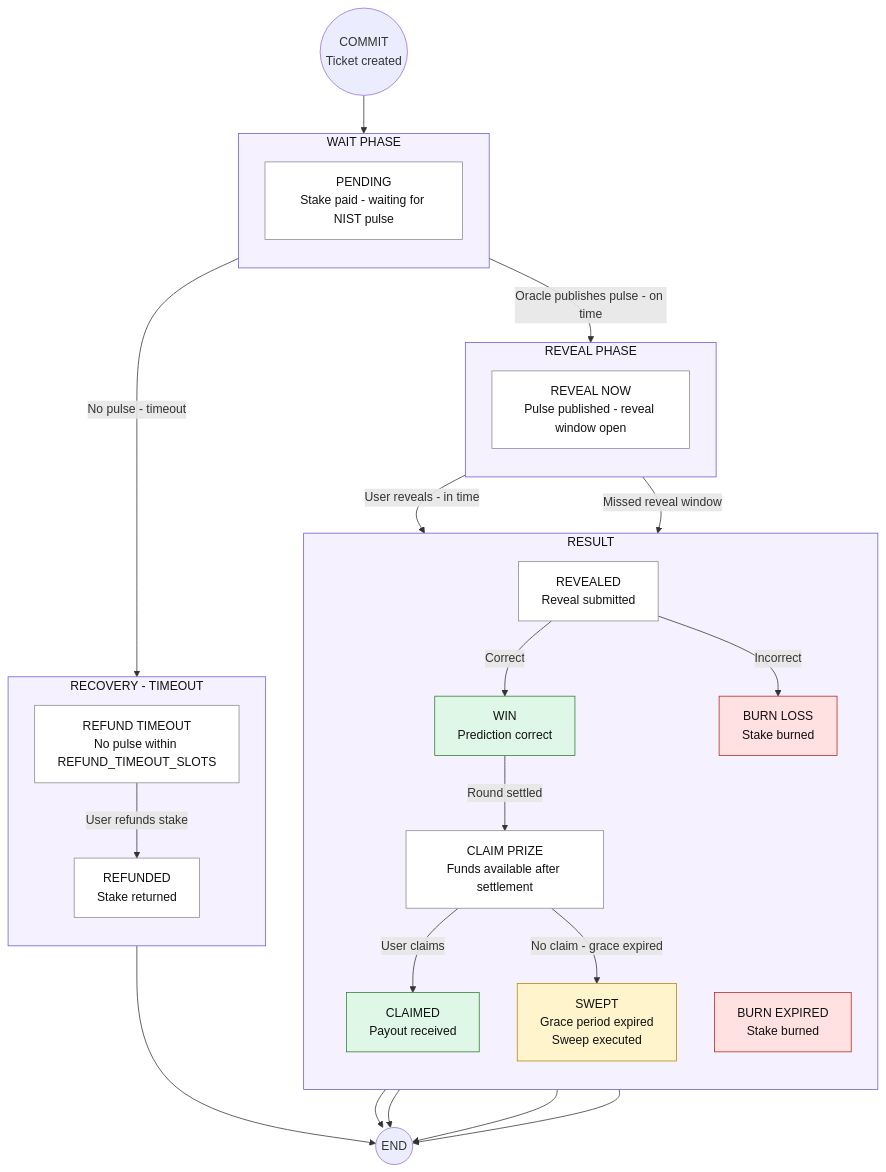
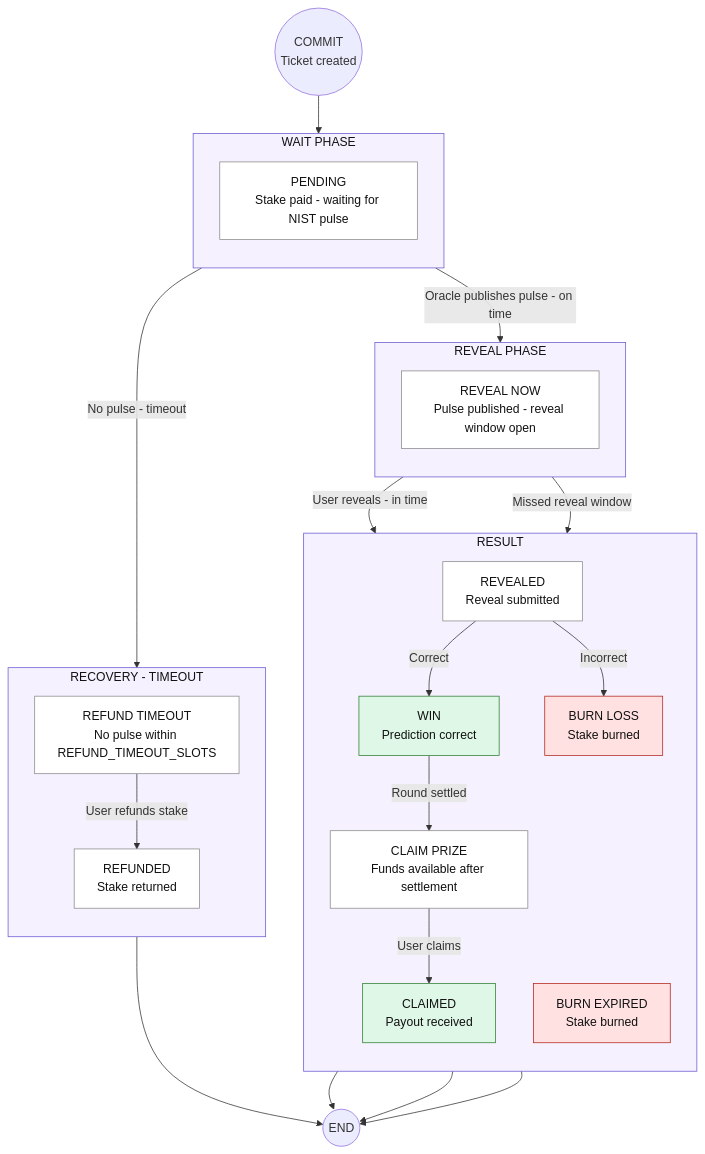
Before and after one commit to TIMLG-Protocol/timlg-protocol: the second of 2 diagrams in docs/index.md, drawn with Mermaid.

Commit message:
docs: sync home page lifecycle with lifecycle.md (remove SWEPT)

````diff
--- a/docs/index.md
+++ b/docs/index.md
@@ -157,68 +157,64 @@
 ```mermaid
 flowchart 
   Start((COMMIT\nTicket created))
 
   subgraph WAIT[WAIT PHASE]
     direction TB
     PENDING[PENDING\nStake paid - waiting for NIST pulse]
   end
 
   subgraph REVEAL[REVEAL PHASE]
     direction TB
     REVEAL_NOW[REVEAL NOW\nPulse published - reveal window open]
   end
 
   subgraph RESULT[RESULT]
     direction TB
     REVEALED[REVEALED\nReveal submitted]
     WIN[WIN\nPrediction correct]
     BURN_LOSS[BURN LOSS\nStake burned]
     CLAIM_PRIZE[CLAIM PRIZE\nFunds available after settlement]
     CLAIMED[CLAIMED\nPayout received]
-    SWEPT[SWEPT\nGrace period expired\nSweep executed]
     BURN_EXPIRED[BURN EXPIRED\nStake burned]
   end
 
   subgraph RECOVERY[RECOVERY - TIMEOUT]
     direction TB
     REFUND_TIMEOUT[REFUND TIMEOUT\nNo pulse within REFUND_TIMEOUT_SLOTS]
     REFUNDED[REFUNDED\nStake returned]
   end
 
   End((END))
 
   Start --> PENDING
 
   PENDING -->|Oracle publishes pulse - on time| REVEAL_NOW
   PENDING -->|No pulse - timeout| REFUND_TIMEOUT
 
   REVEAL_NOW -->|User reveals - in time| REVEALED
   REVEAL_NOW -->|Missed reveal window| BURN_EXPIRED
 
   REVEALED -->|Correct| WIN
   REVEALED -->|Incorrect| BURN_LOSS
 
   WIN -->|Round settled| CLAIM_PRIZE
   CLAIM_PRIZE -->|User claims| CLAIMED
-  CLAIM_PRIZE -->|No claim - grace expired| SWEPT
 
   REFUND_TIMEOUT -->|User refunds stake| REFUNDED
 
   BURN_LOSS --> End
   BURN_EXPIRED --> End
   CLAIMED --> End
-  SWEPT --> End
   REFUNDED --> End
 
   classDef phase fill:#F6F1FF,stroke:#6B5BD2,stroke-width:1px,color:#111;
   classDef neutral fill:#FFFFFF,stroke:#8A8A8A,stroke-width:1px,color:#111;
   classDef good fill:#DFF7E6,stroke:#2E7D32,stroke-width:1px,color:#111;
   classDef warn fill:#FFF4CC,stroke:#B08900,stroke-width:1px,color:#111;
   classDef bad fill:#FFE1E1,stroke:#B3261E,stroke-width:1px,color:#111;
 
   class WAIT,REVEAL,RESULT,RECOVERY phase;
   class PENDING,REVEAL_NOW,REVEALED,CLAIM_PRIZE,REFUND_TIMEOUT,REFUNDED neutral;
   class WIN,CLAIMED good;
-  class SWEPT warn;
   class BURN_LOSS,BURN_EXPIRED bad;
 ```
````
